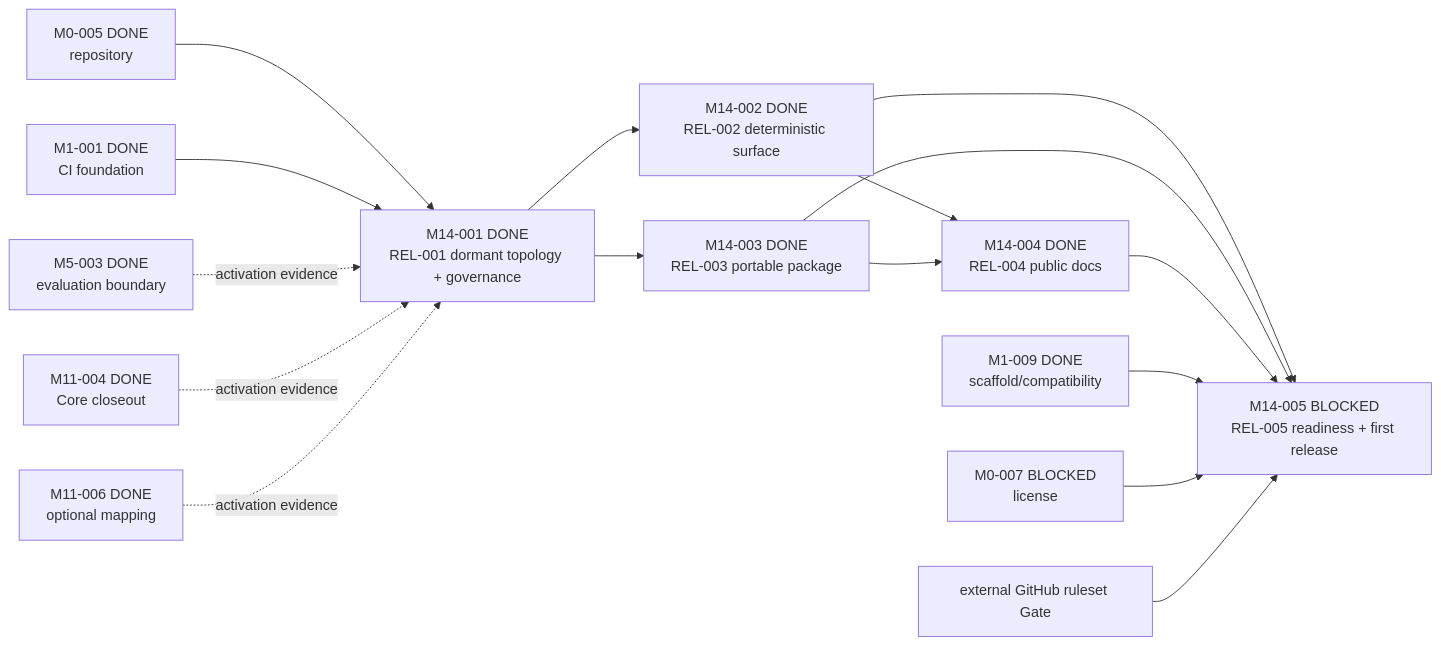
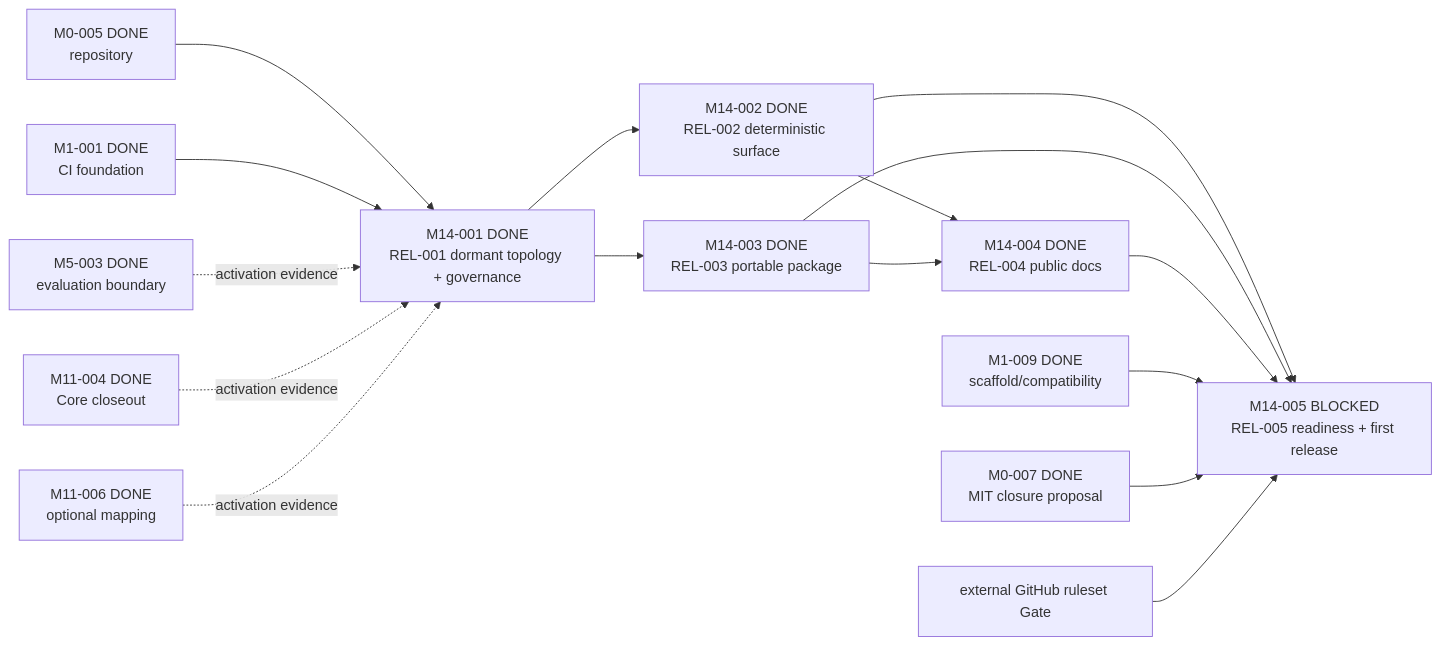
Before and after one commit to Chengyue-Lu/research-agent-workbench: the diagram in docs/workstreams/chengyue-lu/M14-CURATED-RELEASE/README.md, drawn with Mermaid. The commit also changed other lines of this file and 6 other files, not shown here.

````diff
--- a/docs/workstreams/chengyue-lu/M14-CURATED-RELEASE/README.md
+++ b/docs/workstreams/chengyue-lu/M14-CURATED-RELEASE/README.md
@@ -38,18 +38,18 @@
 ```mermaid
 flowchart LR
     M0005["M0-005 DONE<br/>repository"] --> M14001["M14-001 DONE<br/>REL-001 dormant topology + governance"]
     M1001["M1-001 DONE<br/>CI foundation"] --> M14001
     M5003["M5-003 DONE<br/>evaluation boundary"] -. "activation evidence" .-> M14001
     M1104["M11-004 DONE<br/>Core closeout"] -. "activation evidence" .-> M14001
     M1106["M11-006 DONE<br/>optional mapping"] -. "activation evidence" .-> M14001
     M14001 --> M14002["M14-002 DONE<br/>REL-002 deterministic surface"]
     M14001 --> M14003["M14-003 DONE<br/>REL-003 portable package"]
     M14002 --> M14004["M14-004 DONE<br/>REL-004 public docs"]
     M14003 --> M14004
     M14002 --> M14005["M14-005 BLOCKED<br/>REL-005 readiness + first release"]
     M14003 --> M14005
     M14004 --> M14005
     M1009["M1-009 DONE<br/>scaffold/compatibility"] --> M14005
-    M0007["M0-007 BLOCKED<br/>license"] --> M14005
+    M0007["M0-007 DONE<br/>MIT closure proposal"] --> M14005
     Remote["external GitHub ruleset Gate"] --> M14005
 ```
````
